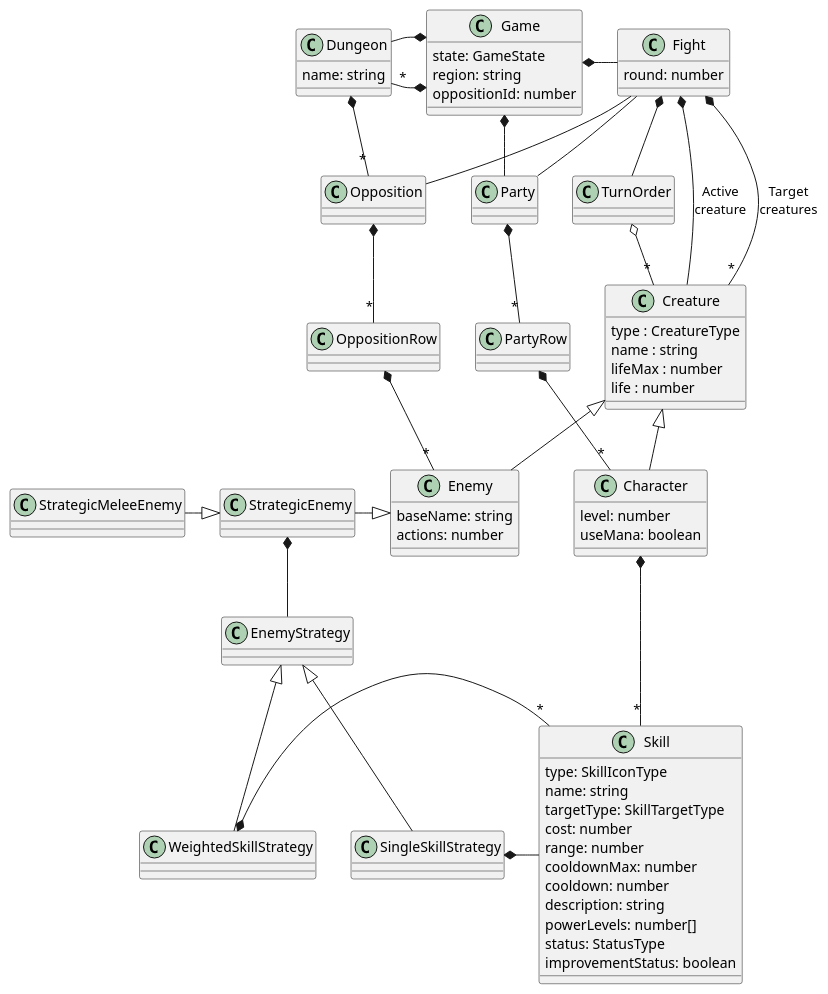
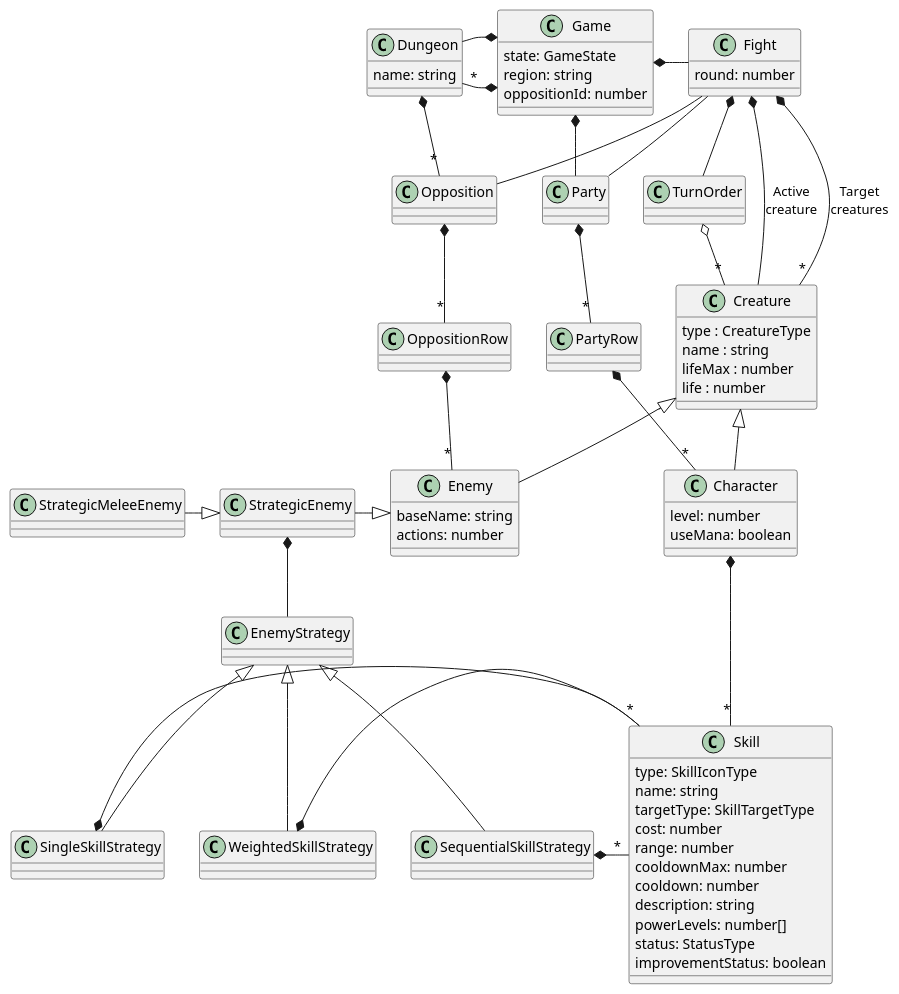
Before and after one commit to fbeaufume/draconis: the diagram in doc/model.puml, drawn with PlantUML. The commit also changed 4 other files, not shown here.

Commit message:
Added a sequential skills strategy

```diff
--- a/doc/model.puml
+++ b/doc/model.puml
@@ -1,104 +1,109 @@
 @startuml
 
 class Game {
   state: GameState
   region: string
   oppositionId: number
 }
 
 class Dungeon {
   name: string
 }
 
 class Fight {
   round: number
 }
 
 class Party {
 }
 
 class PartyRow {
 }
 
 class Opposition {
 }
 
 class OppositionRow {
 }
 
 class TurnOrder {
 }
 
 class Creature {
   type : CreatureType
   name : string
   lifeMax : number
   life : number
 }
 
 class Character {
   level: number
   useMana: boolean
 }
 
 class Enemy {
   baseName: string
   actions: number
 }
 
 class StrategicEnemy {
 }
 
 class StrategicMeleeEnemy {
 }
 
 class EnemyStrategy {
 }
 
 class SingleSkillStrategy {
 }
 
 class WeightedSkillStrategy {
 }
 
+class SequentialSkillStrategy {
+}
+
 class Skill {
   type: SkillIconType
   name: string
   targetType: SkillTargetType
   cost: number
   range: number
   cooldownMax: number
   cooldown: number
   description: string
   powerLevels: number[]
   status: StatusType
   improvementStatus: boolean
 }
 
 Game *-left- "*" Dungeon
 Game *-left- Dungeon
 Game *-right- Fight
 Game *-- Party
 Dungeon *-- "*" Opposition
 Fight -- Party
 Fight -- Opposition
 Fight *-- TurnOrder
 Fight *-- Creature : "Active\ncreature"
 Fight *-- "*" Creature : "Target\ncreatures"
 TurnOrder o-- "*" Creature
 Party *-- "*" PartyRow
 PartyRow *-- "*" Character
 Opposition *-- "*" OppositionRow
 OppositionRow *-- "*" Enemy
 Creature <|-- Character
 Character *-- "*" Skill
 Creature <|-- Enemy
 Enemy <|-right- StrategicEnemy
 StrategicEnemy <|-left- StrategicMeleeEnemy
 StrategicEnemy *-- EnemyStrategy
 EnemyStrategy <|-- SingleSkillStrategy
 SingleSkillStrategy *-right- Skill
 EnemyStrategy <|-- WeightedSkillStrategy
+EnemyStrategy <|-- SequentialSkillStrategy
 WeightedSkillStrategy *-right- "*" Skill
+SequentialSkillStrategy *-right- "*" Skill
 
 @enduml
```
